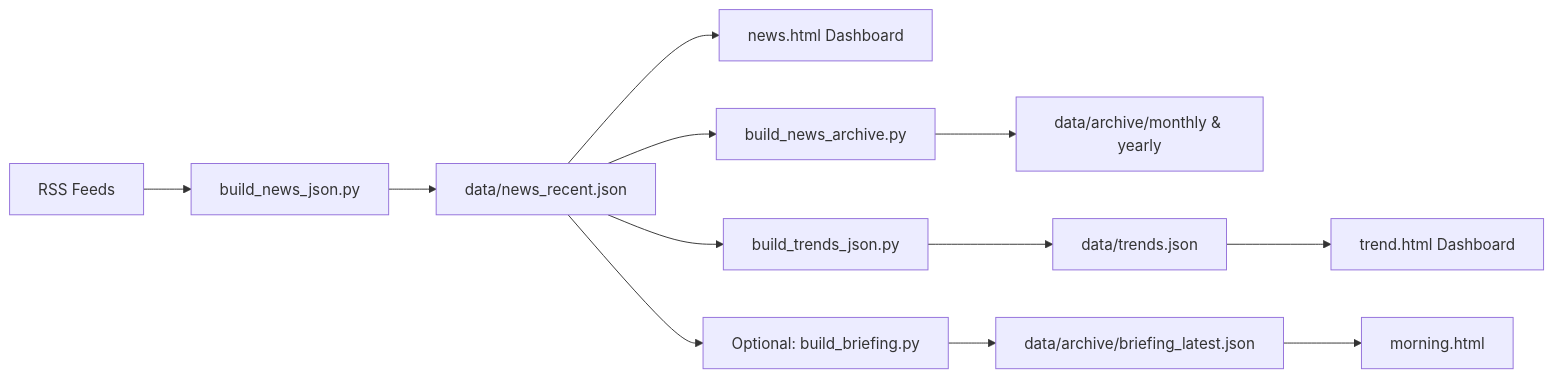
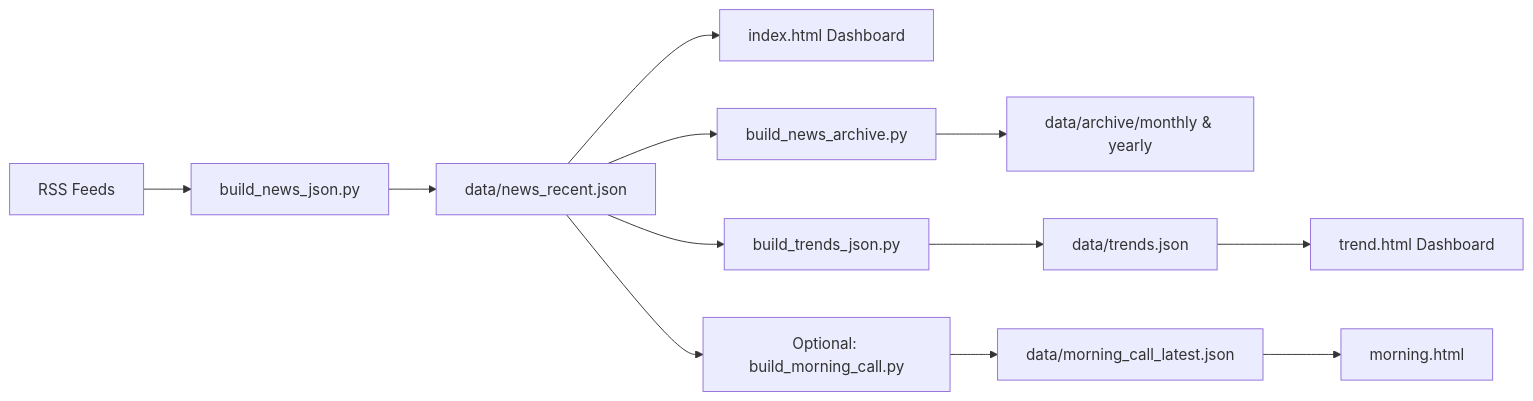
One commit to clivoa/S33R changed the first of 3 diagrams in README.md. Above: the diagram before and after it, drawn with Mermaid. The commit also changed other lines of this file and 114 other files, not shown here.

````diff
--- a/README.md
+++ b/README.md
@@ -79,17 +79,17 @@
 ```mermaid
 flowchart LR
     A[RSS Feeds] --> B[build_news_json.py]
     B --> C[data/news_recent.json]
-    C --> D[news.html Dashboard]
+    C --> D[index.html Dashboard]
 
     C --> E[build_news_archive.py]
     E --> F[data/archive/monthly & yearly]
 
     C --> G[build_trends_json.py]
     G --> H[data/trends.json]
     H --> I[trend.html Dashboard]
 
-    C --> J[Optional: build_briefing.py]
-    J --> K[data/archive/briefing_latest.json]
+    C --> J[Optional: build_morning_call.py]
+    J --> K[data/morning_call_latest.json]
     K --> L[morning.html]
 ```
````
